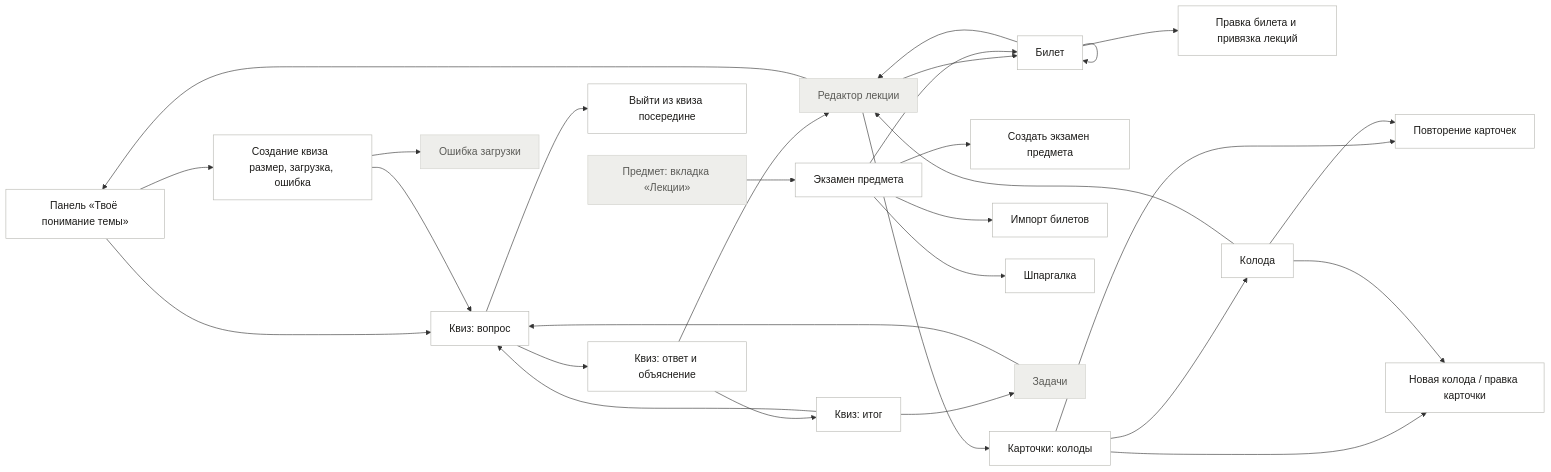
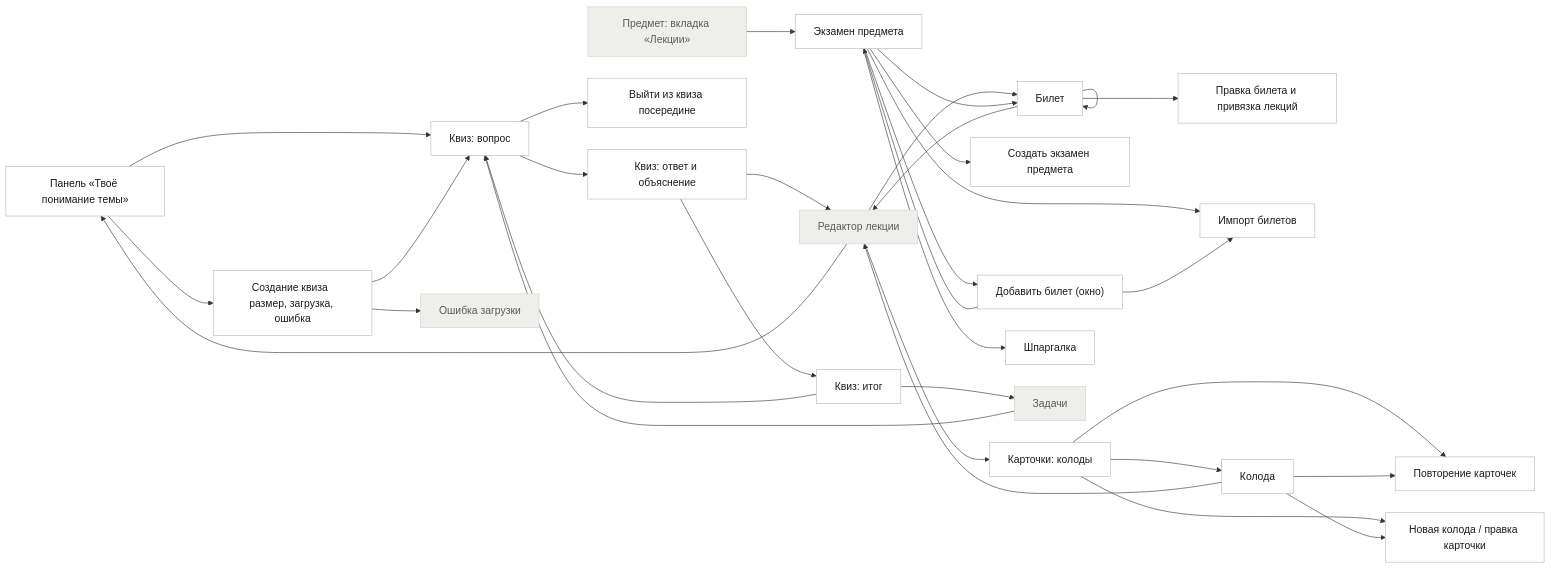
Before and after one commit to misha-quartzevsky/cohorta: the fourth of 6 diagrams in docs/design/ia/userflow.md, drawn with Mermaid. The commit also changed other lines of this file and 28 other files, not shown here.

````diff
--- a/docs/design/ia/userflow.md
+++ b/docs/design/ia/userflow.md
@@ -261,76 +261,81 @@
 ```mermaid
 %%{init:{"themeVariables":{"fontSize":"17px"},"flowchart":{"nodeSpacing":36,"rankSpacing":80,"curve":"basis"}}}%%
 flowchart LR
   understanding["Панель «Твоё понимание темы»"]
   quiz_create["Создание квиза  размер, загрузка, ошибка "]
   quiz_q["Квиз: вопрос"]
   quiz_a["Квиз: ответ и объяснение"]
   quiz_sum["Квиз: итог"]
   quiz_exit["Выйти из квиза посередине"]
   cards["Карточки: колоды"]
   deck["Колода"]
   deck_edit["Новая колода / правка карточки"]
   cards_review["Повторение карточек"]
   exam["Экзамен предмета"]
   exam_new["Создать экзамен предмета"]
   ticket["Билет"]
   ticket_edit["Правка билета и привязка лекций"]
   ticket_import["Импорт билетов"]
+  ticket_add["Добавить билет (окно)"]
   cheatsheet["Шпаргалка"]
   editor["Редактор лекции"]
   error["Ошибка загрузки"]
   subject["Предмет: вкладка «Лекции»"]
   tasks["Задачи"]
   subject --> exam
   editor --> understanding
   editor --> ticket
   editor --> cards
   understanding --> quiz_create
   understanding --> quiz_q
   quiz_create --> quiz_q
   quiz_create --> error
   quiz_q --> quiz_a
   quiz_q --> quiz_exit
   quiz_a --> editor
   quiz_a --> quiz_sum
   quiz_sum --> quiz_q
   quiz_sum --> tasks
   tasks --> quiz_q
   cards --> deck
   cards --> cards_review
   cards --> deck_edit
   deck --> cards_review
   deck --> deck_edit
   deck --> editor
   exam --> ticket
   exam --> ticket_import
+  exam --> ticket_add
+  ticket_add --> ticket_import
+  ticket_add --> exam
   exam --> cheatsheet
   exam --> exam_new
   ticket --> ticket_edit
   ticket --> editor
   ticket --> ticket
   classDef ok fill:#FFFFFF,stroke:#B8B8B2,color:#1C1B19
   classDef no fill:#FDE3E3,stroke:#B00008,stroke-dasharray:4 3,color:#1C1B19
   classDef ex fill:#EEEEEB,stroke:#D2D2CD,color:#5A5A56
   classDef vi fill:#FDEBDB,stroke:#E86800,color:#1C1B19
   class understanding ok
   class quiz_create ok
   class quiz_q ok
   class quiz_a ok
   class quiz_sum ok
   class quiz_exit ok
   class cards ok
   class deck ok
   class deck_edit ok
   class cards_review ok
   class exam ok
   class exam_new ok
   class ticket ok
   class ticket_edit ok
   class ticket_import ok
+  class ticket_add ok
   class cheatsheet ok
   class editor ex
   class error ex
   class subject ex
   class tasks ex
 ```
````
